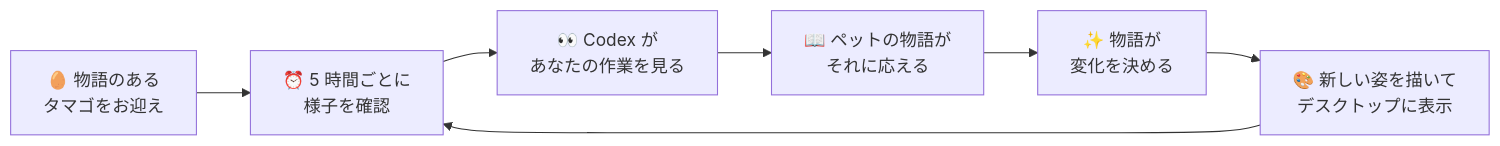
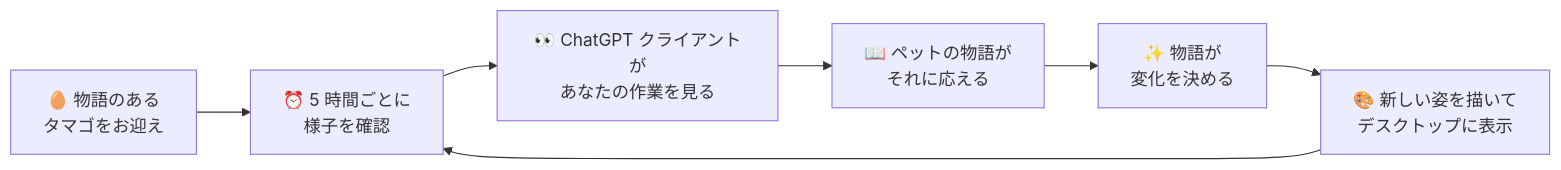
Before and after one commit to yate-ge/GenPet: the diagram in README.ja.md, drawn with Mermaid. The commit also changed other lines of this file and 58 other files, not shown here.

````diff
--- a/README.ja.md
+++ b/README.ja.md
@@ -114,9 +120,9 @@
 ```mermaid
 flowchart LR
   A["🥚 物語のある<br>タマゴをお迎え"] --> B["⏰ 5 時間ごとに<br>様子を確認"]
-  B --> C["👀 Codex が<br>あなたの作業を見る"]
+  B --> C["👀 ChatGPT クライアントが<br>あなたの作業を見る"]
   C --> D["📖 ペットの物語が<br>それに応える"]
   D --> E["✨ 物語が<br>変化を決める"]
   E --> F["🎨 新しい姿を描いて<br>デスクトップに表示"]
   F --> B
 ```
````
